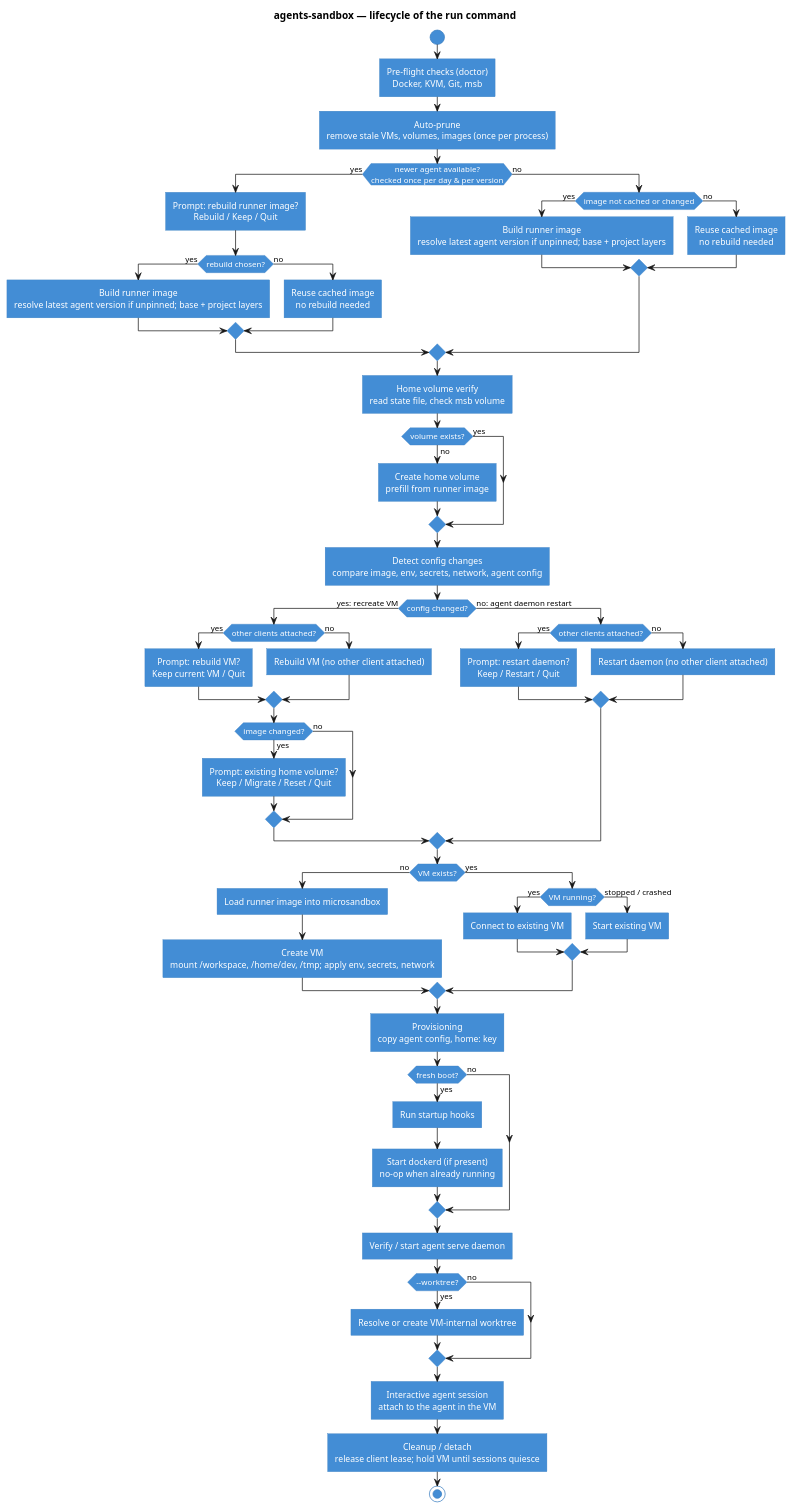
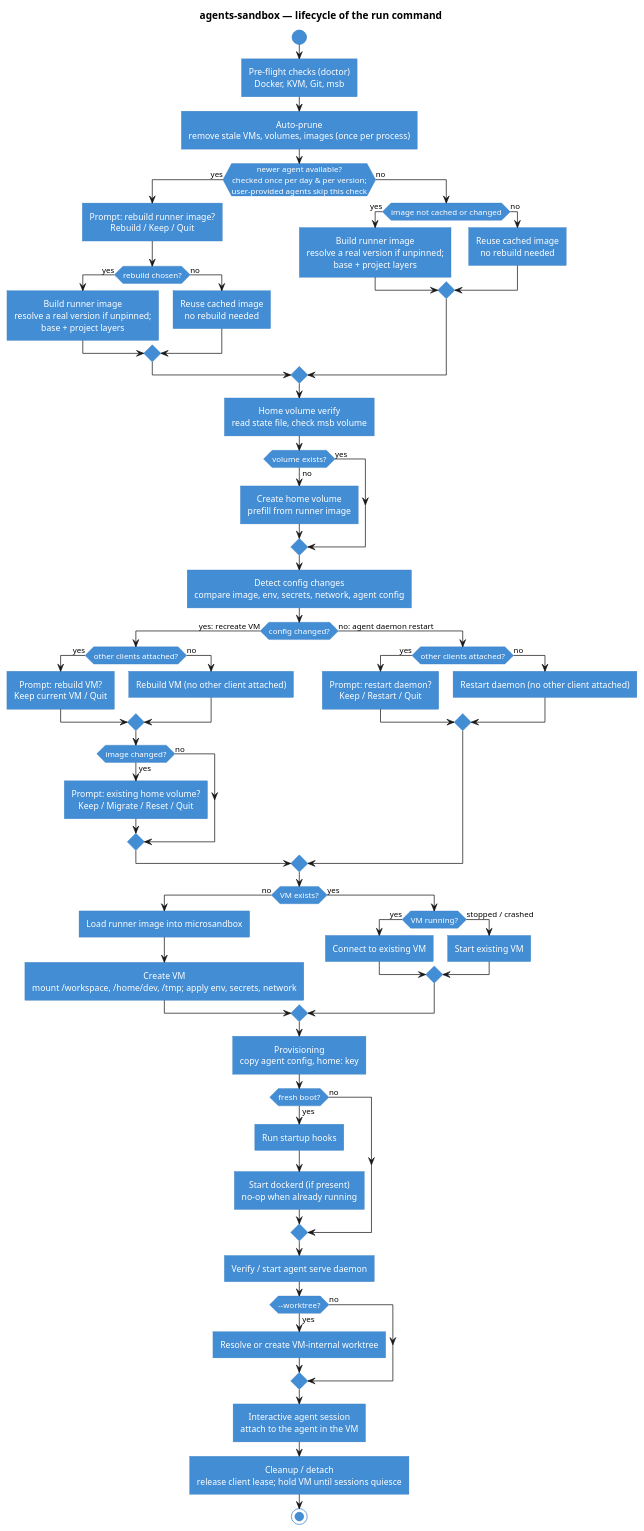
The diagram in docs/diagrams/lifecycle.puml (inoio/agents-sandbox), drawn with PlantUML before and after one commit. The commit also changed 13 other files, not shown here.

First line of the commit message:
fix(image,vm): defer user-provided agent version resolution

```diff
--- a/docs/diagrams/lifecycle.puml
+++ b/docs/diagrams/lifecycle.puml
@@ -1,94 +1,94 @@
 @startuml
 skinparam defaultTextAlignment center
 skinparam roundCorner 0
 skinparam activityBackgroundColor #438DD5
 skinparam activityBorderColor #3C7FC0
 skinparam activityFontColor #FFF
 skinparam activityDiamondBackgroundColor #438DD5
 skinparam activityDiamondBorderColor #3C7FC0
 skinparam activityDiamondFontColor #FFF
 skinparam arrowColor #181818
 <style>
 activityDiagram {
   circle {
     LineColor #3C7FC0
     BackGroundColor #438DD5
   }
 }
 </style>
 ' agents-sandbox — invocation lifecycle (from internal/sandbox/vm/run_orchestrate.go)
 title agents-sandbox — lifecycle of the run command
 
 start
 :Pre-flight checks (doctor)\nDocker, KVM, Git, msb;
 :Auto-prune\nremove stale VMs, volumes, images (once per process);
 
-if (newer agent available?\nchecked once per day & per version) then (yes)
+if (newer agent available?\nchecked once per day & per version;\nuser-provided agents skip this check) then (yes)
     :Prompt: rebuild runner image?\nRebuild / Keep / Quit;
     if (rebuild chosen?) then (yes)
-        :Build runner image\nresolve latest agent version if unpinned; base + project layers;
+        :Build runner image\nresolve a real version if unpinned;\nbase + project layers;
     else (no)
         :Reuse cached image\nno rebuild needed;
     endif
 else (no)
     if (image not cached or changed) then (yes)
-        :Build runner image\nresolve latest agent version if unpinned; base + project layers;
+        :Build runner image\nresolve a real version if unpinned;\nbase + project layers;
     else (no)
         :Reuse cached image\nno rebuild needed;
     endif
 endif
 :Home volume verify\nread state file, check msb volume;
 if (volume exists?) then (no)
     :Create home volume\nprefill from runner image;
 else (yes)
 endif
 
 :Detect config changes\ncompare image, env, secrets, network, agent config;
 if (config changed?) then (yes: recreate VM)
     if (other clients attached?) then (yes)
         :Prompt: rebuild VM?\nKeep current VM / Quit;
     else (no)
         :Rebuild VM (no other client attached);
     endif
     if (image changed?) then (yes)
         :Prompt: existing home volume?\nKeep / Migrate / Reset / Quit;
     else (no)
     endif
 else (no: agent daemon restart)
     if (other clients attached?) then (yes)
         :Prompt: restart daemon?\nKeep / Restart / Quit;
     else (no)
         :Restart daemon (no other client attached);
     endif
 endif
 
 if (VM exists?) then (no)
     :Load runner image into microsandbox;
     :Create VM\nmount /workspace, /home/dev, /tmp; apply env, secrets, network;
 else (yes)
     if (VM running?) then (yes)
         :Connect to existing VM;
     else (stopped / crashed)
         :Start existing VM;
     endif
 endif
 
 :Provisioning\ncopy agent config, home: key;
 if (fresh boot?) then (yes)
     :Run startup hooks;
     :Start dockerd (if present)\nno-op when already running;
 else (no)
 endif
 :Verify / start agent serve daemon;
 
 if (--worktree?) then (yes)
     :Resolve or create VM-internal worktree;
 else (no)
 endif
 
 :Interactive agent session\nattach to the agent in the VM;
 
 :Cleanup / detach\nrelease client lease; hold VM until sessions quiesce;
 
 stop
 @enduml
```
